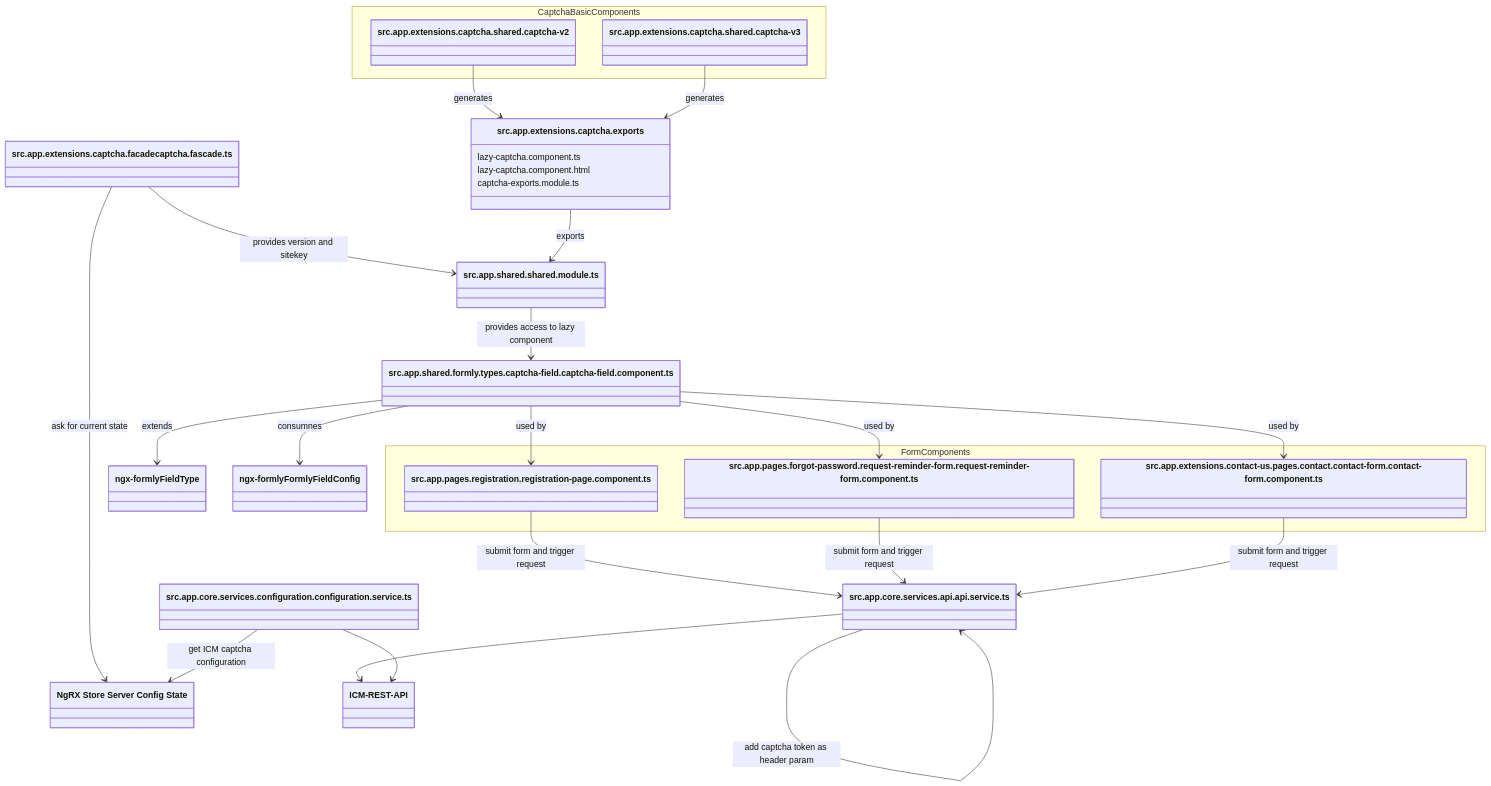
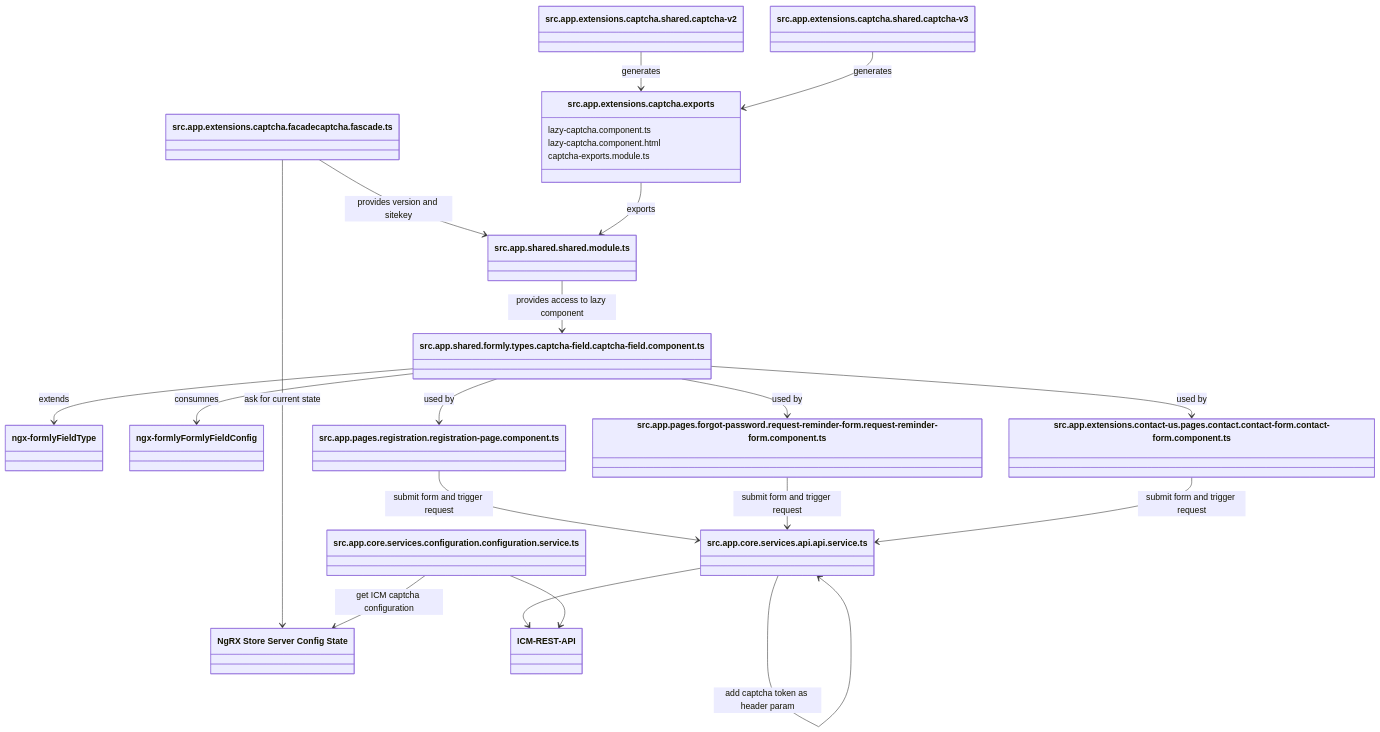
The diagram in docs/concepts/captcha.md (intershop/intershop-pwa), drawn with Mermaid before and after one commit.

Commit message:
updated diagram

````diff
--- a/docs/concepts/captcha.md
+++ b/docs/concepts/captcha.md
@@ -24,63 +24,60 @@
 ```mermaid
 classDiagram
 direction TB
 
-namespace Captcha Basic Components{
 class basiccomponentv2["src.app.extensions.captcha.shared.captcha-v2"]
 class basiccomponentv3["src.app.extensions.captcha.shared.captcha-v3"]
-}
 
 basiccomponentv2 --> extensionscaptchaexports : generates
 basiccomponentv3 --> extensionscaptchaexports : generates
 class extensionscaptchaexports["src.app.extensions.captcha.exports"]{
       lazy-captcha.component.ts
       lazy-captcha.component.html
       captcha-exports.module.ts
     }
 
 
 class sharedmodule["src.app.shared.shared.module.ts"]
 class captchafascade["src.app.extensions.captcha.facadecaptcha.fascade.ts"]
 
 captchafascade --> ngrxstore : ask for current state
 configurationservice --> ngrxstore: get ICM captcha configuration
 
 captchafascade --> sharedmodule : provides version and sitekey
 extensionscaptchaexports --> sharedmodule : exports
 
 sharedmodule --> captchafieldcomponents : provides access to lazy component
 
 class captchafieldcomponents["src.app.shared.formly.types.captcha-field.captcha-field.component.ts"]
 
 class fieldtype["ngx-formlyFieldType"]
 class formlyfieldconfig["ngx-formlyFormlyFieldConfig"]
 
 captchafieldcomponents --> fieldtype : extends
 captchafieldcomponents --> formlyfieldconfig : consumnes
 
-namespace Form Components{
 
 class registrationpagecomponent["src.app.pages.registration.registration-page.component.ts"]
 class requestreminderformcomponent["src.app.pages.forgot-password.request-reminder-form.request-reminder-form.component.ts"]
 class contactformcomponent["src.app.extensions.contact-us.pages.contact.contact-form.contact-form.component.ts"]
-}
+
 
 captchafieldcomponents --> registrationpagecomponent : used by
 captchafieldcomponents --> requestreminderformcomponent : used by
 captchafieldcomponents --> contactformcomponent : used by
 
 class apiservice["src.app.core.services.api.api.service.ts"]
 
 apiservice --> apiservice : add captcha token as header param
 
 registrationpagecomponent --> apiservice: submit form and trigger request
 requestreminderformcomponent --> apiservice: submit form and trigger request
 contactformcomponent --> apiservice: submit form and trigger request
 
 class configurationservice["src.app.core.services.configuration.configuration.service.ts"]
 class ngrxstore["NgRX Store Server Config State"]
 class ICM-REST-API
 
 apiservice --> ICM-REST-API
 configurationservice --> ICM-REST-API
 ```
````
